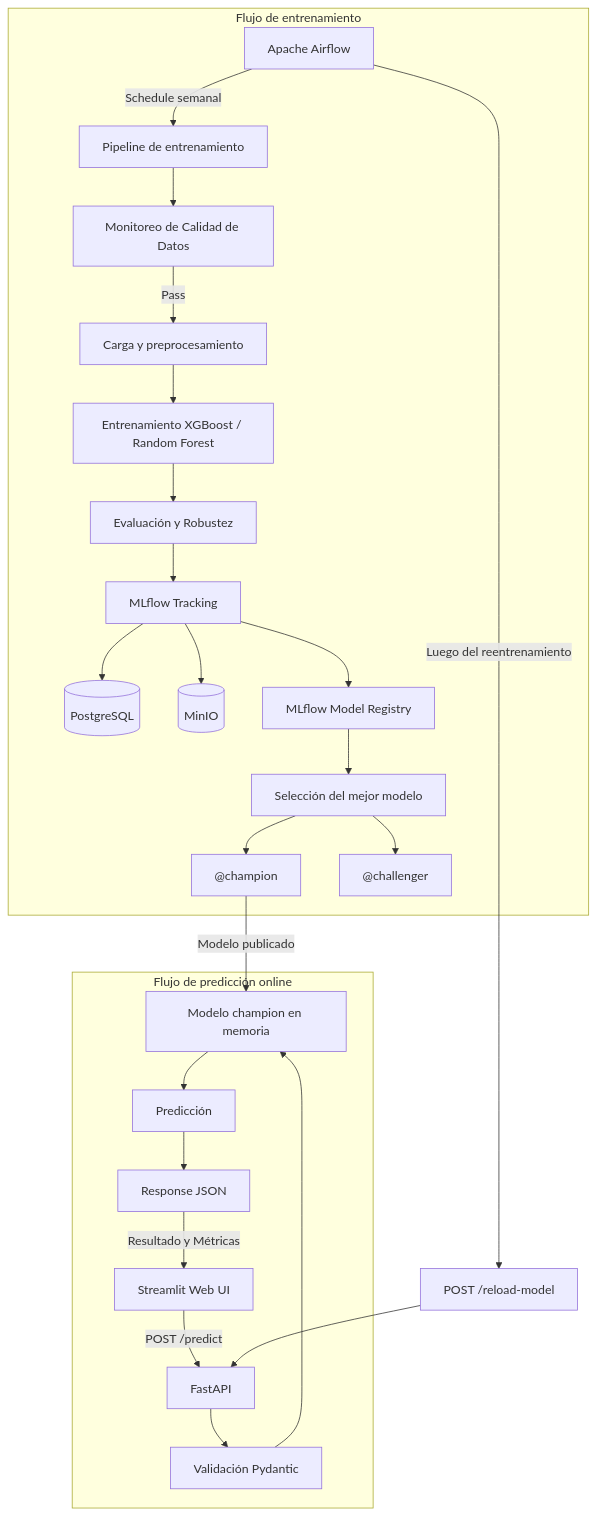
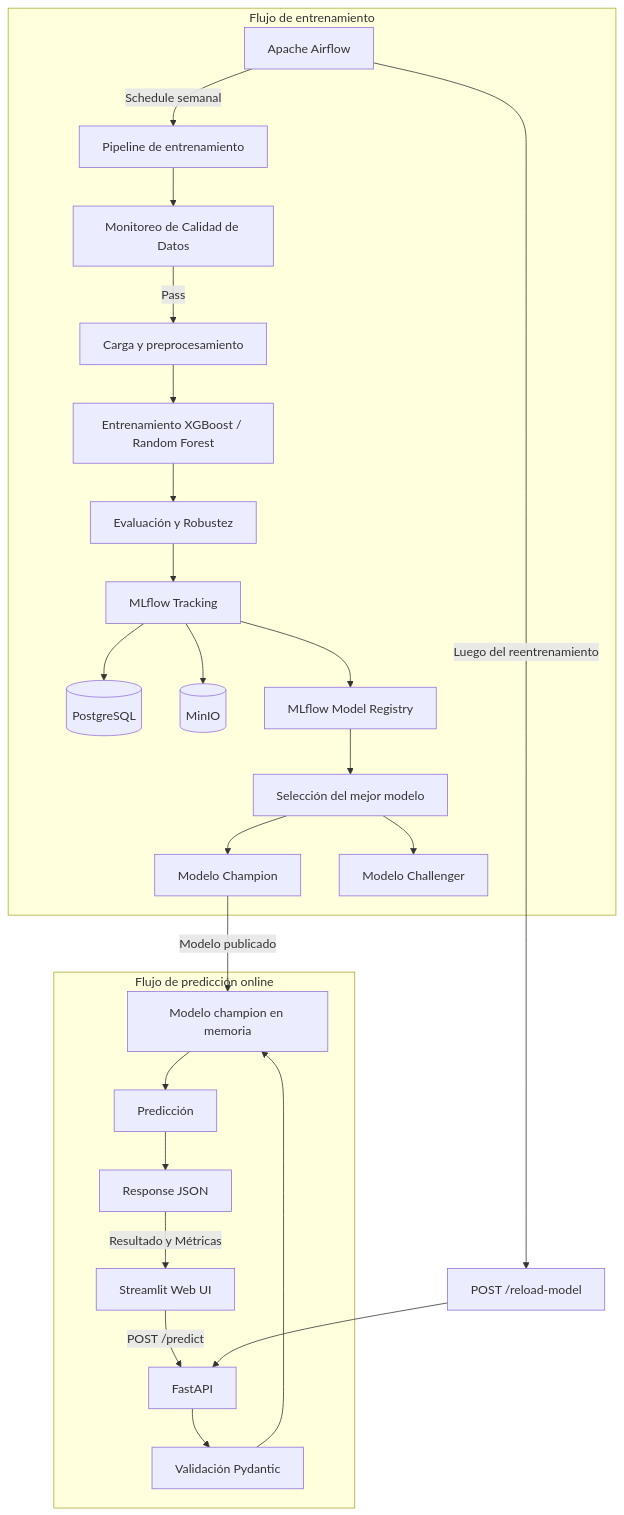
Before and after one commit to bdellacasa1/TP-MLOps1: the diagram in README.md, drawn with Mermaid.

````diff
--- a/README.md
+++ b/README.md
@@ -74,52 +74,52 @@
 ```mermaid
 flowchart TD
 
     subgraph TRAINING["Flujo de entrenamiento"]
         A["Apache Airflow"]
         B["Pipeline de entrenamiento"]
         C0["Monitoreo de Calidad de Datos"]
         C["Carga y preprocesamiento"]
         D["Entrenamiento XGBoost / Random Forest"]
         E["Evaluación y Robustez"]
         F["MLflow Tracking"]
-        G[("PostgreSQL")]
-        H[("MinIO")]
+        G[(PostgreSQL)]
+        H[(MinIO)]
         I["MLflow Model Registry"]
         J["Selección del mejor modelo"]
-        K["@champion"]
-        L["@challenger"]
+        K["Modelo Champion"]
+        L["Modelo Challenger"]
 
-        A -->|"Schedule semanal"| B
+        A -->|Schedule semanal| B
         B --> C0
         C0 -->|Pass| C
         C --> D
         D --> E
         E --> F
         F --> G
         F --> H
         F --> I
         I --> J
         J --> K
         J --> L
     end
 
     subgraph SERVING["Flujo de predicción online"]
         M["Streamlit Web UI"]
         N["FastAPI"]
         O["Validación Pydantic"]
         P["Modelo champion en memoria"]
         Q["Predicción"]
         S["Response JSON"]
 
-        M -->|"POST /predict"| N
+        M -->|POST /predict| N
         N --> O
         O --> P
         P --> Q
         Q --> S
-        S -->|"Resultado y Métricas"| M
+        S -->|Resultado y Métricas| M
     end
 
-    K -->|"Modelo publicado"| P
-    A -->|"Luego del reentrenamiento"| R["POST /reload-model"]
+    K -->|Modelo publicado| P
+    A -->|Luego del reentrenamiento| R["POST /reload-model"]
     R --> N
 ```
````
